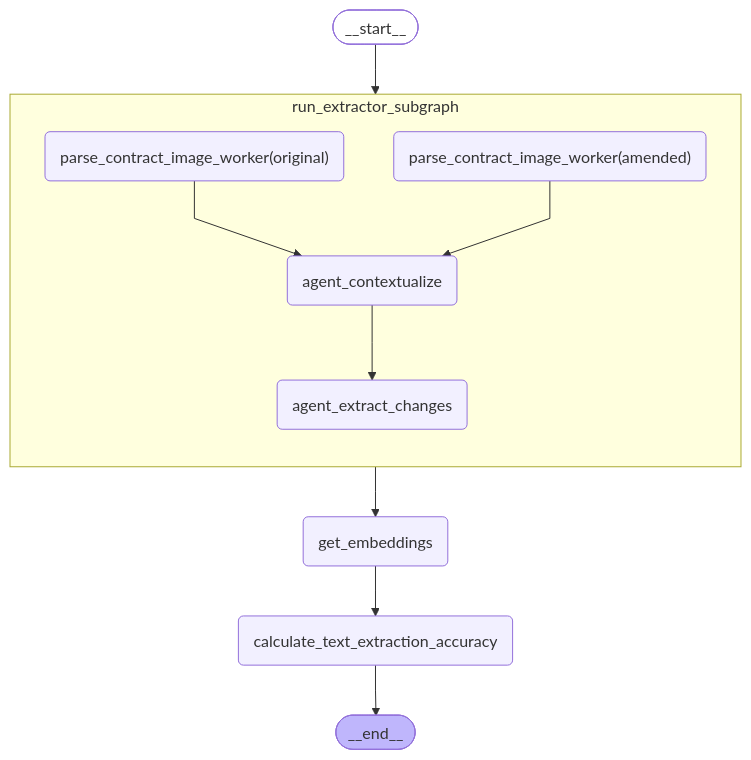
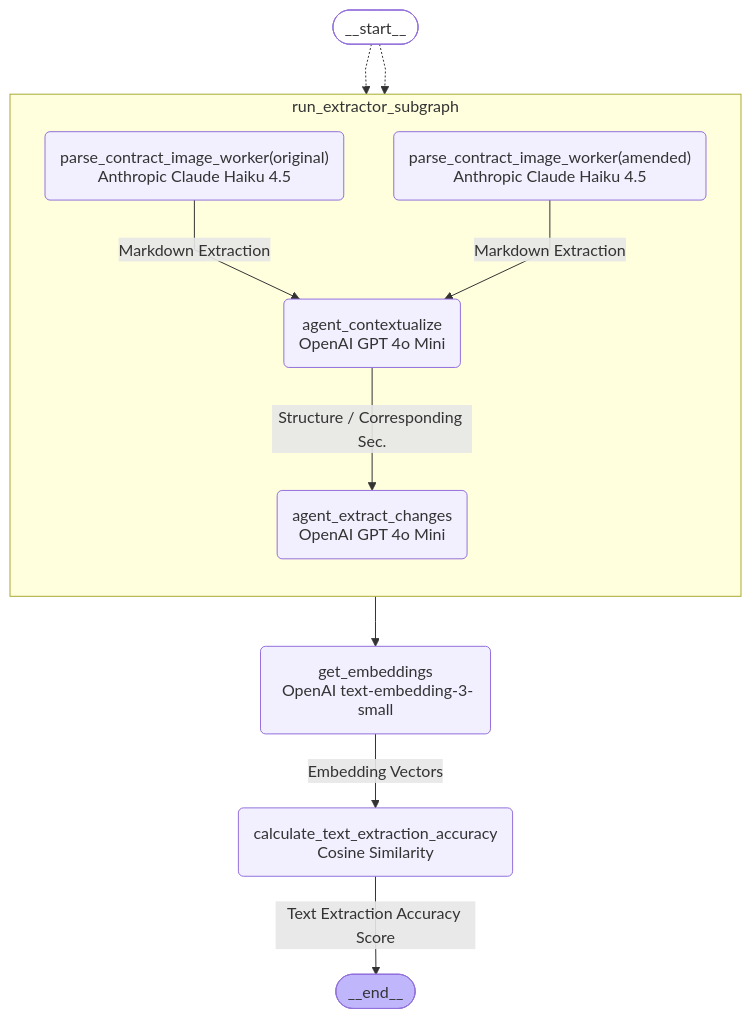
One commit to FadyMorris/andela_gen-ai_P4_contract-amendment-extractor changed the second of 2 diagrams in README.md. Above: the diagram before and after it, drawn with Mermaid. The commit also changed other lines of this file, not shown here.

Commit message:
doc: Improve the Test Workflow Diagram

````diff
--- a/README.md
+++ b/README.md
@@ -47,32 +47,35 @@
 ```mermaid
 ---
 config:
   flowchart:
     curve: linear
   theme: default
   look: classic
 id: 53110e16-ecdd-4d91-83af-0367832e2515
 ---
 graph TD;
 	__start__([<p>__start__</p>]):::first
     subgraph run_extractor_subgraph["run_extractor_subgraph"]
         direction TB
-	    parse_contract_image_worker_original("parse_contract_image_worker(original)")
-	    parse_contract_image_worker_amended("parse_contract_image_worker(amended)")
-	    agent_contextualize(agent_contextualize)
-	    agent_extract_changes(agent_extract_changes)
-	    agent_contextualize --> agent_extract_changes;
-	    parse_contract_image_worker_original --> agent_contextualize;
-	    parse_contract_image_worker_amended --> agent_contextualize;
+	    parse_contract_image_worker_original("parse_contract_image_worker(original)<br>Anthropic Claude Haiku 4.5")
+	    parse_contract_image_worker_amended("parse_contract_image_worker(amended)<br>Anthropic Claude Haiku 4.5")
+	    agent_contextualize("agent_contextualize<br> OpenAI GPT 4o Mini")
+	    agent_extract_changes("agent_extract_changes<br> OpenAI GPT 4o Mini")
+	    parse_contract_image_worker_original -- Markdown Extraction --> agent_contextualize;
+	    parse_contract_image_worker_amended -- Markdown Extraction --> agent_contextualize;
+	    agent_contextualize -- Structure / Corresponding Sec. --> agent_extract_changes;
     end
-	get_embeddings(get_embeddings)
-	calculate_text_extraction_accuracy(calculate_text_extraction_accuracy)
+	get_embeddings("get_embeddings</br> OpenAI text-embedding-3-small")
+	calculate_text_extraction_accuracy("calculate_text_extraction_accuracy<br>Cosine Similarity")
 	__end__([<p>__end__</p>]):::last
-	__start__ --> run_extractor_subgraph;
-	get_embeddings --> calculate_text_extraction_accuracy;
-	run_extractor_subgraph --> get_embeddings;
-	calculate_text_extraction_accuracy --> __end__;
+%%	__start__ --> run_extractor_subgraph;
+	__start__ -.-> parse_contract_image_worker_original;
+	__start__ -.-> parse_contract_image_worker_amended;
+%%	run_extractor_subgraph --> get_embeddings;
+	agent_extract_changes --> get_embeddings;
+	get_embeddings -- Embedding Vectors --> calculate_text_extraction_accuracy;
+	calculate_text_extraction_accuracy -- Text Extraction Accuracy Score --> __end__;
 	classDef default fill:#f2f0ff,line-height:1.2
 	classDef first fill-opacity:0
 	classDef last fill:#bfb6fc
 ```
````
